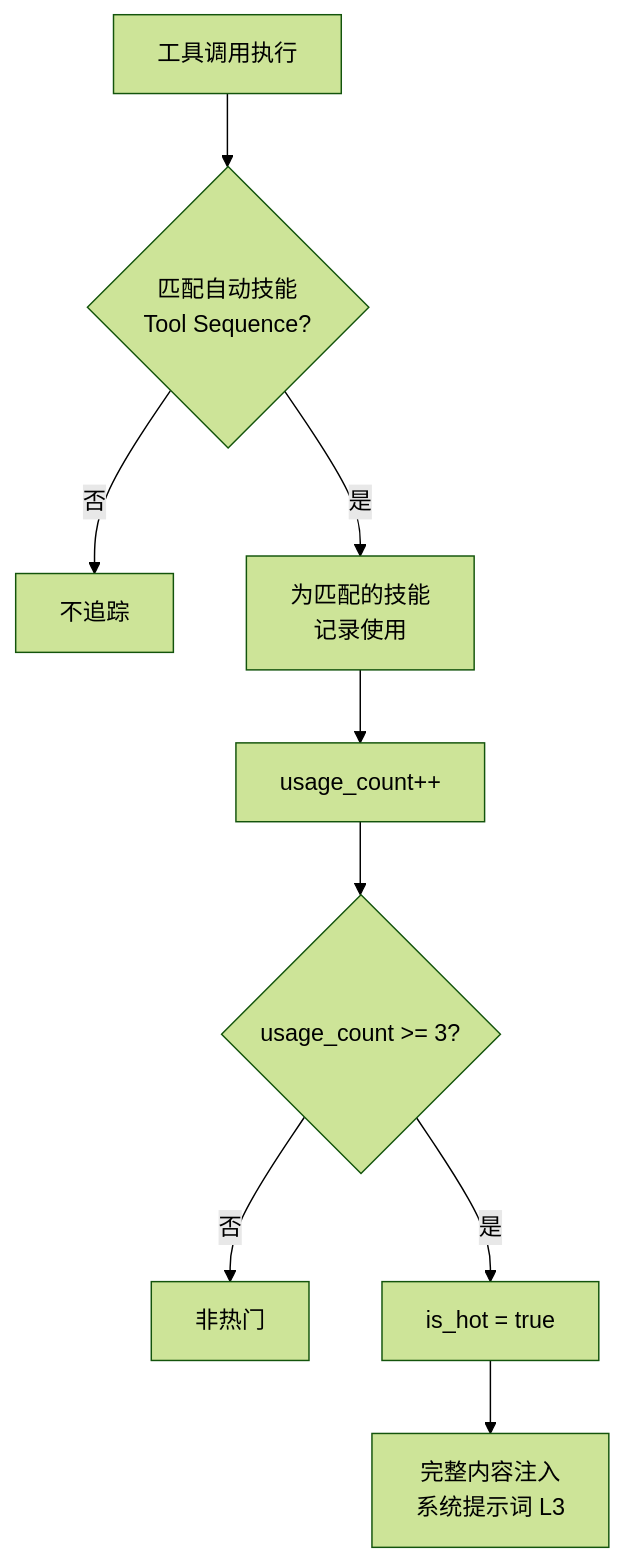
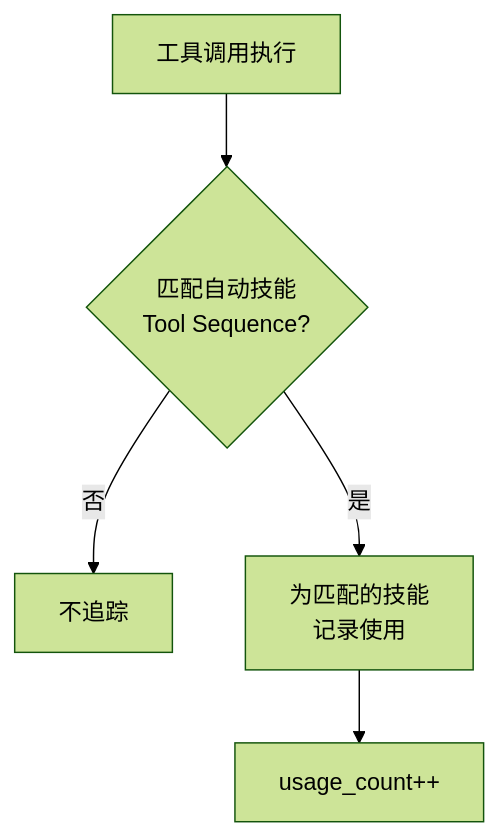
One commit to beancookie/xiaoclaw changed the fourth of 4 diagrams in README_zh.md. Above: the diagram before and after it, drawn with Mermaid (forest theme). The commit also changed other lines of this file and 3 other files, not shown here.

````diff
--- a/README_zh.md
+++ b/README_zh.md
@@ -488,11 +485,7 @@
 ```mermaid
 flowchart TB
     A[工具调用执行] --> B{匹配自动技能<br/>Tool Sequence?}
     B -->|否| Z[不追踪]
     B -->|是| C[为匹配的技能<br/>记录使用]
     C --> D[usage_count++]
-    D --> E{usage_count >= 3?}
-    E -->|否| F[非热门]
-    E -->|是| G[is_hot = true]
-    G --> H[完整内容注入<br/>系统提示词 L3]
 ```
````
